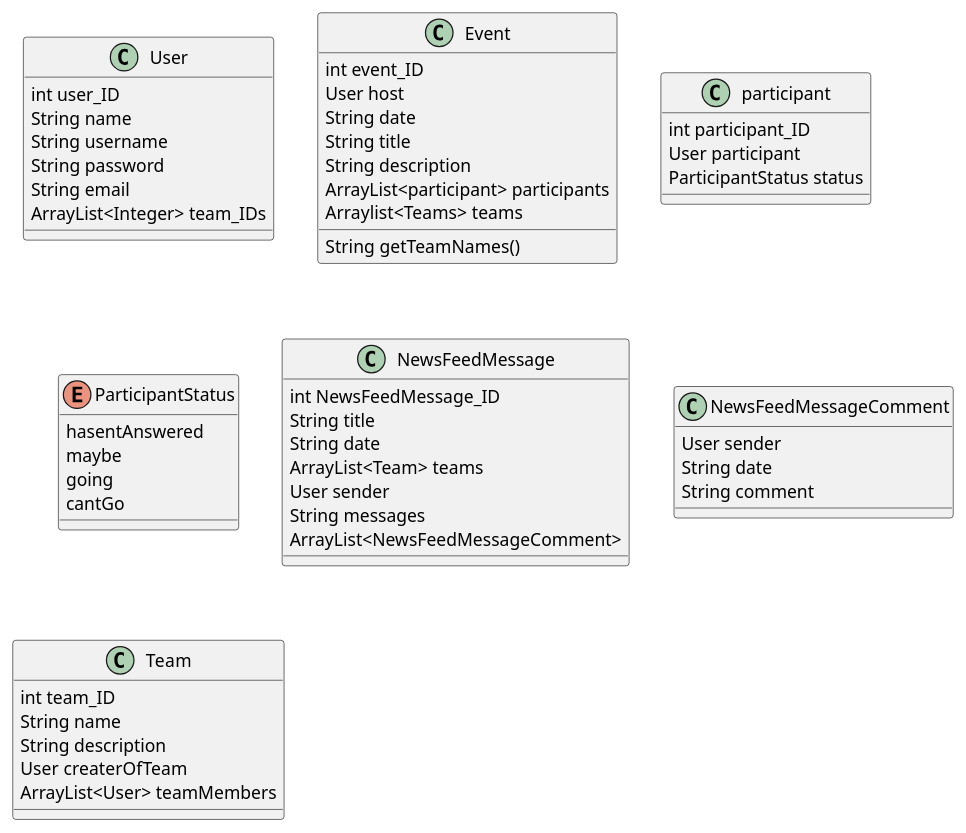
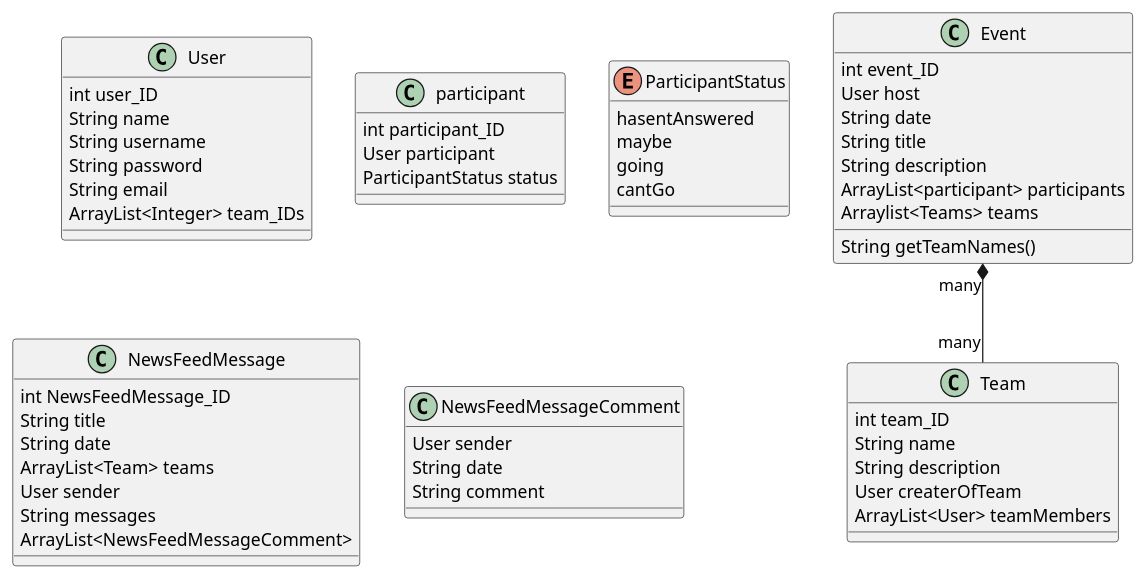
One commit to Rawlpluks/HoldCord changed the diagram in Class diagram.wsd. Above: the diagram before and after it, drawn with PlantUML. The commit also changed 2 other files, not shown here.

```diff
--- a/Class diagram.wsd
+++ b/Class diagram.wsd
@@ -1,60 +1,62 @@
 @startuml
 class User{
     int user_ID
     String name
     String username
     String password
     String email
     ArrayList<Integer> team_IDs
 }
 
 class Event{
     int event_ID
     User host
     String date
     String title
     String description
     ArrayList<participant> participants
     Arraylist<Teams> teams
 
     String getTeamNames()
 }
 
 class participant{
     int participant_ID
     User participant
     ParticipantStatus status
 }
 
 enum ParticipantStatus{
     hasentAnswered
     maybe
     going
     cantGo
 }
 
 class NewsFeedMessage{
     int NewsFeedMessage_ID
     String title
     String date
     ArrayList<Team> teams
     User sender
     String messages
     ArrayList<NewsFeedMessageComment>
 }
 
 class NewsFeedMessageComment{
     User sender
     String date
     String comment
 }
 
 class Team{
     int team_ID
     String name
     String description
     User createrOfTeam
     ArrayList<User> teamMembers
 }
 
+Event "many" *-- "many" Team
+
 @enduml
```
